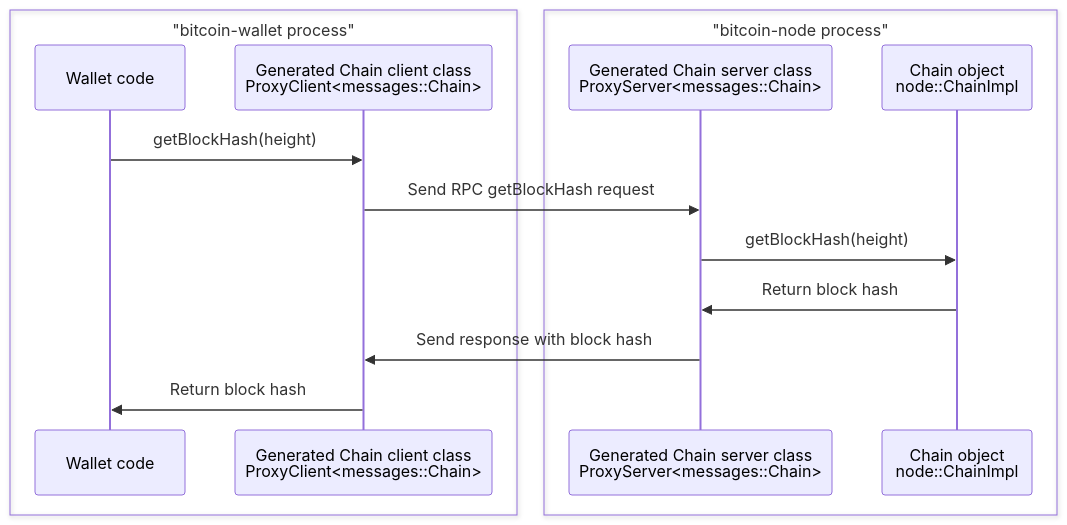
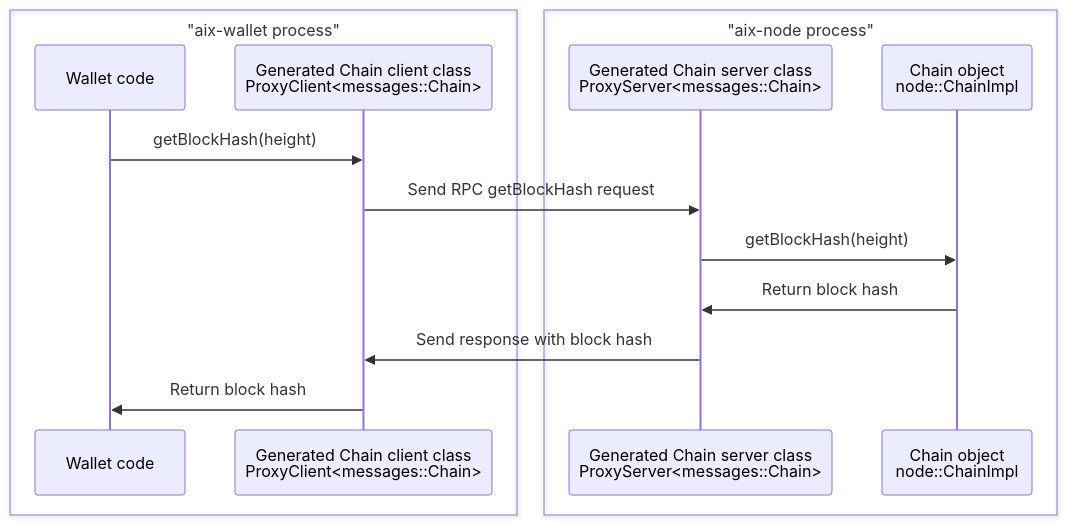
One commit to aixcoin-core/gui changed the third of 3 diagrams in doc/design/multiprocess.md. Above: the diagram before and after it, drawn with Mermaid. The commit also changed other lines of this file and 670 other files, not shown here.

````diff
--- a/doc/design/multiprocess.md
+++ b/doc/design/multiprocess.md
@@ -142,18 +142,18 @@
 ```mermaid
 sequenceDiagram
-    box "bitcoin-wallet process"
+    box "aix-wallet process"
     participant WalletCode as Wallet code
     participant ChainClient as Generated Chain client class<br/>ProxyClient<messages::Chain>
     end
-    box "bitcoin-node process"
+    box "aix-node process"
     participant ChainServer as Generated Chain server class<br/>ProxyServer<messages::Chain>
     participant LocalChain as Chain object<br/>node::ChainImpl
     end
 
     WalletCode->>ChainClient: getBlockHash(height)
     ChainClient->>ChainServer: Send RPC getBlockHash request
     ChainServer->>LocalChain: getBlockHash(height)
     LocalChain->>ChainServer: Return block hash
     ChainServer->>ChainClient: Send response with block hash
     ChainClient->>WalletCode: Return block hash
 ```
````
